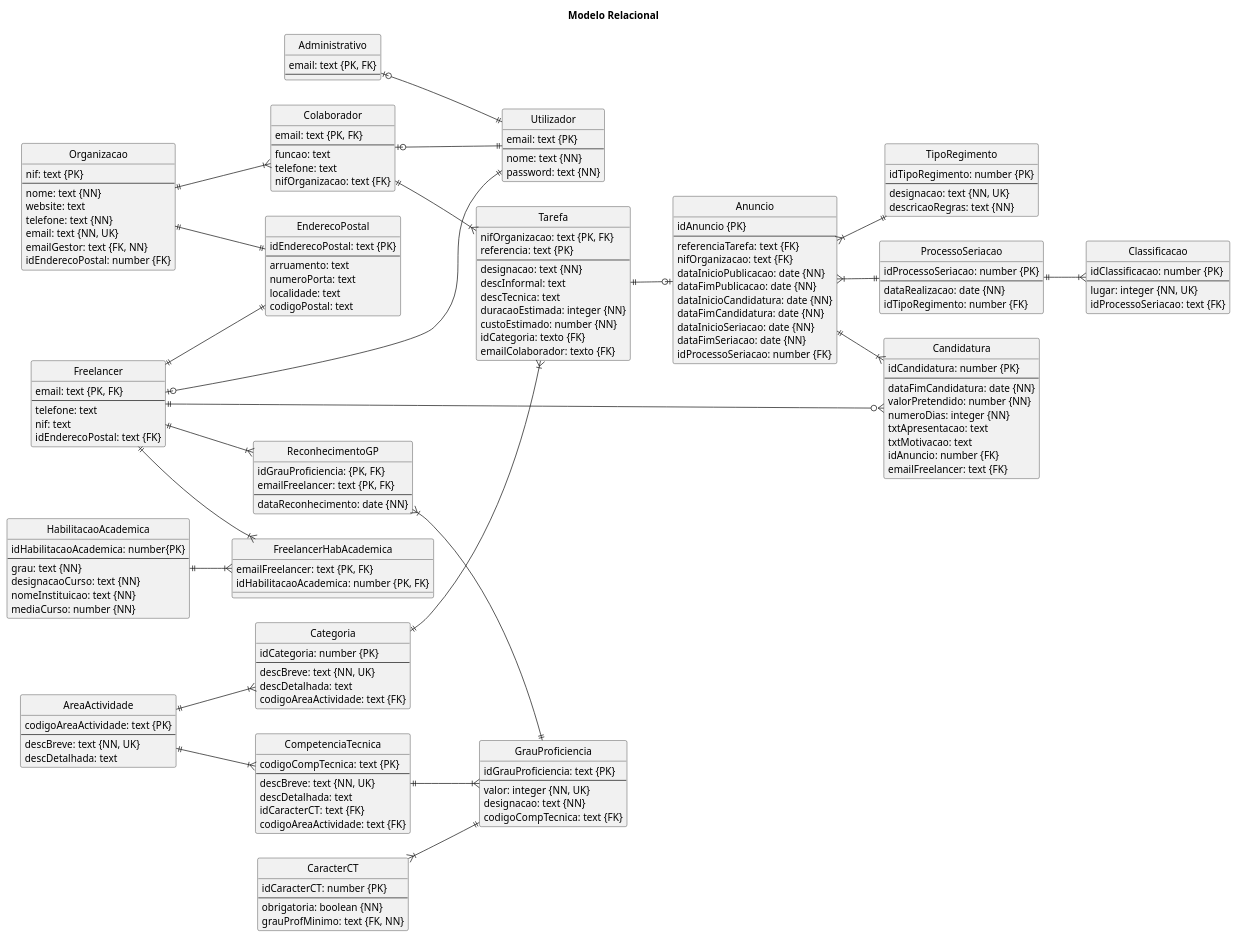
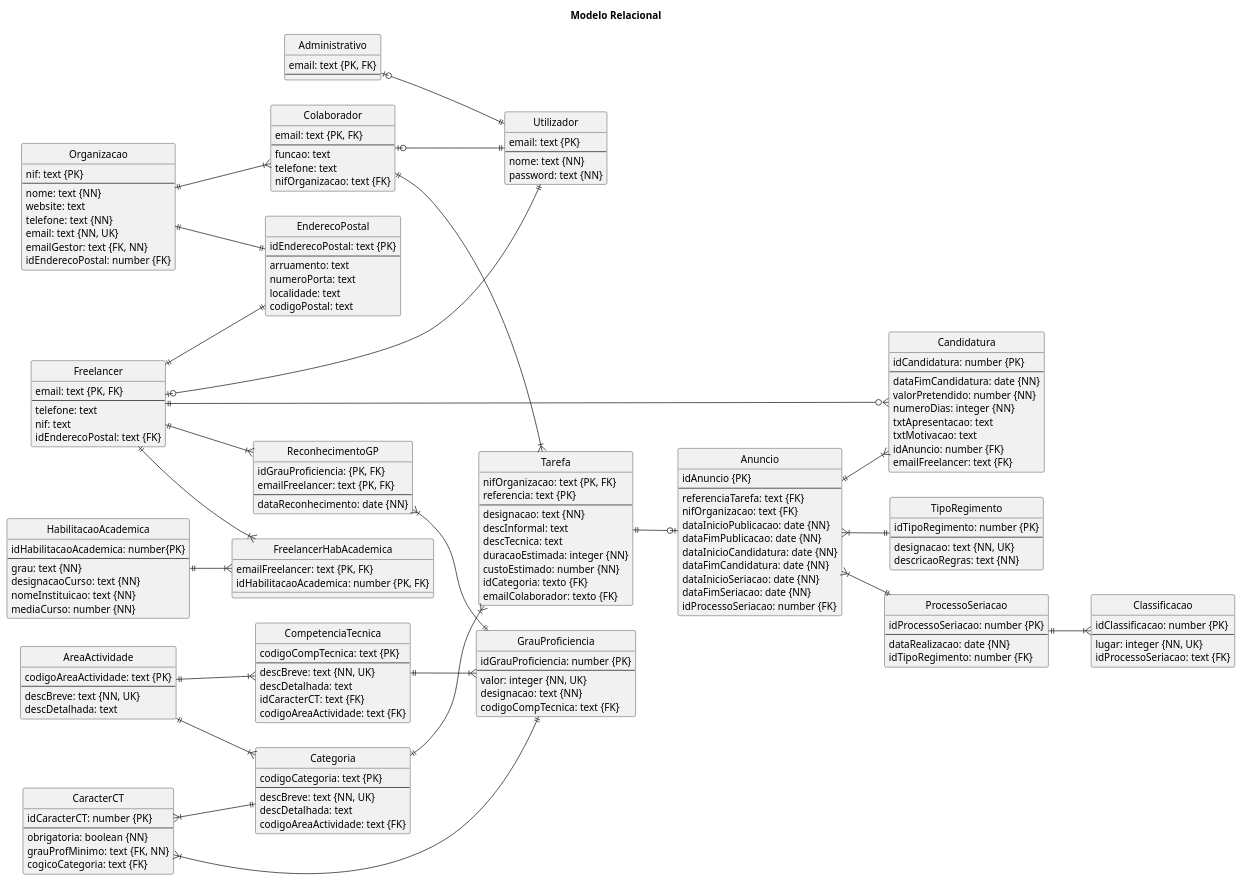
The diagram in BaseDados/Modelo_Relacional.puml (blestonbandeiraUPSKILL/upskill_java1_labprg_grupo2), drawn with PlantUML before and after one commit. The commit also changed 7 other files, not shown here.

```diff
--- a/BaseDados/Modelo_Relacional.puml
+++ b/BaseDados/Modelo_Relacional.puml
@@ -38,7 +38,7 @@
 }
 
 entity "Categoria" {
-    idCategoria: number {PK}
+    codigoCategoria: text {PK}
     --
     descBreve: text {NN, UK}
     descDetalhada: text
@@ -62,7 +62,7 @@
 }
 
 entity "GrauProficiencia" {
-    idGrauProficiencia: text {PK}
+    idGrauProficiencia: number {PK}
     --
     valor: integer {NN, UK}
     designacao: text {NN}
@@ -174,6 +174,7 @@
     --
     obrigatoria: boolean {NN}
     grauProfMinimo: text {FK, NN}
+    cogicoCategoria: text {FK}
 }
 
 AreaActividade ||--|{ Categoria
@@ -197,6 +198,7 @@
 HabilitacaoAcademica ||--|{ FreelancerHabAcademica
 Freelancer ||--|{ ReconhecimentoGP
 ReconhecimentoGP }|--|| GrauProficiencia
+CaracterCT }|--|| Categoria
 CaracterCT }|--|| GrauProficiencia
 
 
```
